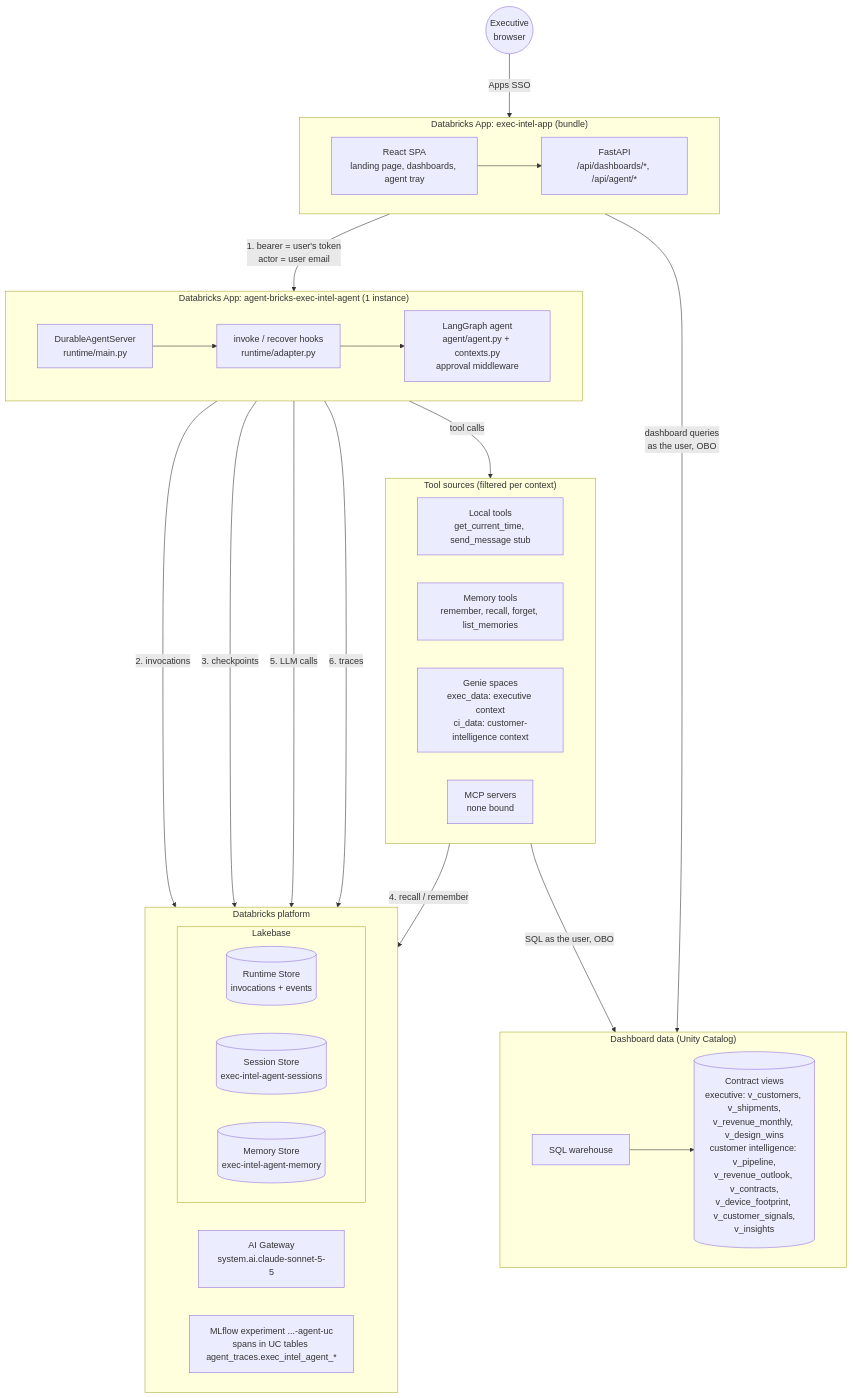
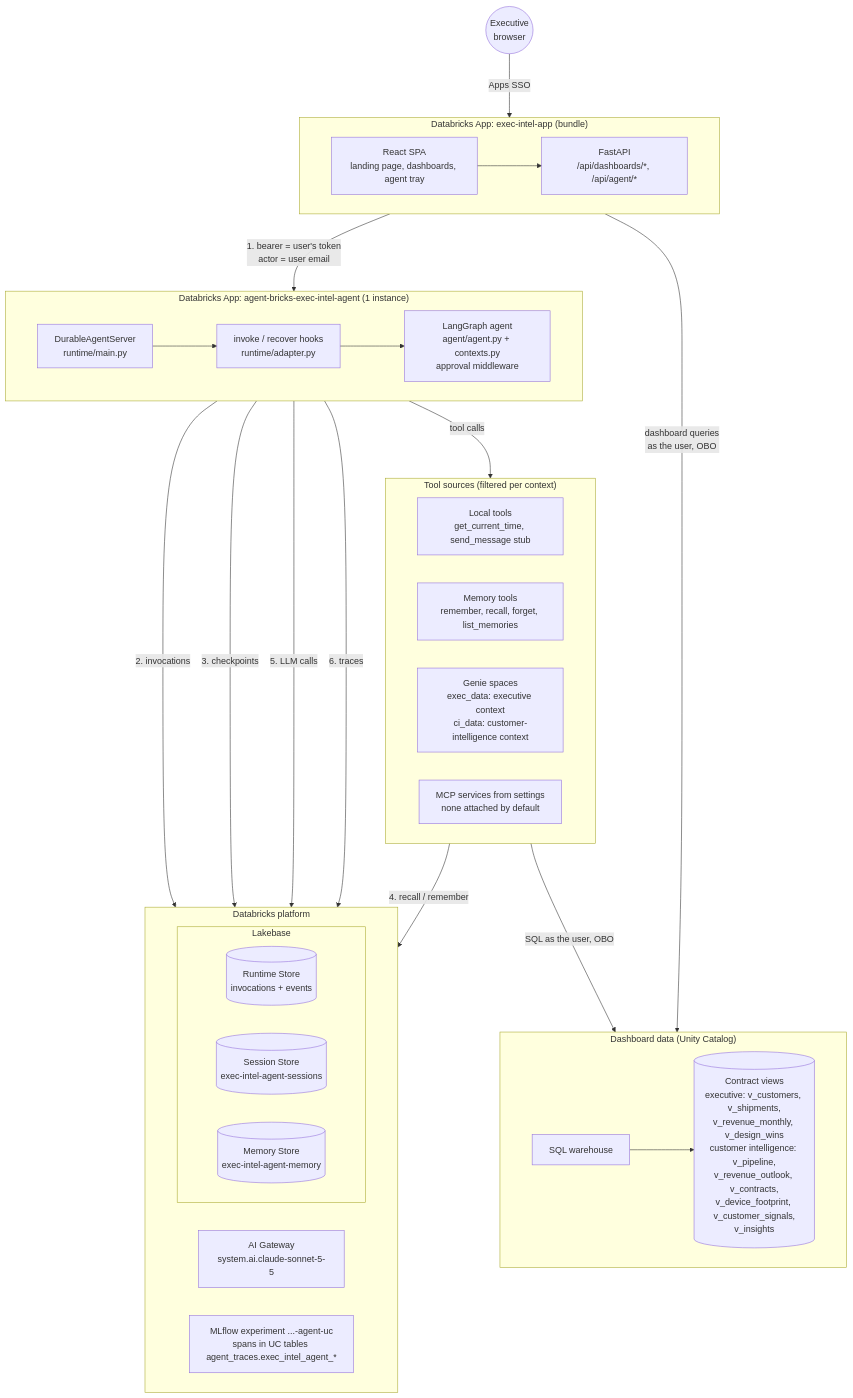
The second of 7 diagrams in architecture.md (TaylorAHanson/executive-intelligence), drawn with Mermaid before and after one commit. The commit also changed other lines of this file and 27 other files, not shown here.

First line of the commit message:
Attach Unity Catalog MCP services per context in Settings and release app 0.4.0

````diff
--- a/architecture.md
+++ b/architecture.md
@@ -209,64 +214,64 @@
 ```mermaid
 ---
 config:
   flowchart:
     nodeSpacing: 50
     rankSpacing: 90
     curve: basis
 ---
 flowchart TB
     User((Executive<br/>browser))
 
     subgraph Client["Databricks App: exec-intel-app (bundle)"]
         direction LR
         SPA[React SPA<br/>landing page, dashboards, agent tray]
         API[FastAPI<br/>/api/dashboards/*, /api/agent/*]
         SPA --> API
     end
 
     subgraph Data["Dashboard data (Unity Catalog)"]
         direction LR
         WH[SQL warehouse]
         Views[(Contract views<br/>executive: v_customers, v_shipments,<br/>v_revenue_monthly, v_design_wins<br/>customer intelligence: v_pipeline,<br/>v_revenue_outlook, v_contracts,<br/>v_device_footprint, v_customer_signals,<br/>v_insights)]
         WH --> Views
     end
 
     subgraph App["Databricks App: agent-bricks-exec-intel-agent (1 instance)"]
         direction LR
         Server[DurableAgentServer<br/>runtime/main.py]
         Adapter[invoke / recover hooks<br/>runtime/adapter.py]
         Graph[LangGraph agent<br/>agent/agent.py + contexts.py<br/>approval middleware]
         Server --> Adapter --> Graph
     end
 
     subgraph Tools["Tool sources (filtered per context)"]
         direction LR
         Local[Local tools<br/>get_current_time, send_message stub]
         MemT[Memory tools<br/>remember, recall, forget, list_memories]
         Genie[Genie spaces<br/>exec_data: executive context<br/>ci_data: customer-intelligence context]
-        MCP[MCP servers<br/>none bound]
+        MCP[MCP services from settings<br/>none attached by default]
     end
 
     subgraph Platform["Databricks platform"]
         direction LR
         GW[AI Gateway<br/>system.ai.claude-sonnet-5-5]
         subgraph Lakebase
             direction LR
             RS[(Runtime Store<br/>invocations + events)]
             SS[(Session Store<br/>exec-intel-agent-sessions)]
             MS[(Memory Store<br/>exec-intel-agent-memory)]
         end
         ML[MLflow experiment ...-agent-uc<br/>spans in UC tables agent_traces.exec_intel_agent_*]
     end
 
     User -->|Apps SSO| SPA
     API -->|dashboard queries<br/>as the user, OBO| WH
     API -->|1. bearer = user's token<br/>actor = user email| Server
     Graph -->|tool calls| Tools
     Genie -->|SQL as the user, OBO| WH
     Server -->|2. invocations| RS
     Graph -->|3. checkpoints| SS
     MemT -->|4. recall / remember| MS
     Graph -->|5. LLM calls| GW
     Graph -->|6. traces| ML
 ```
````
